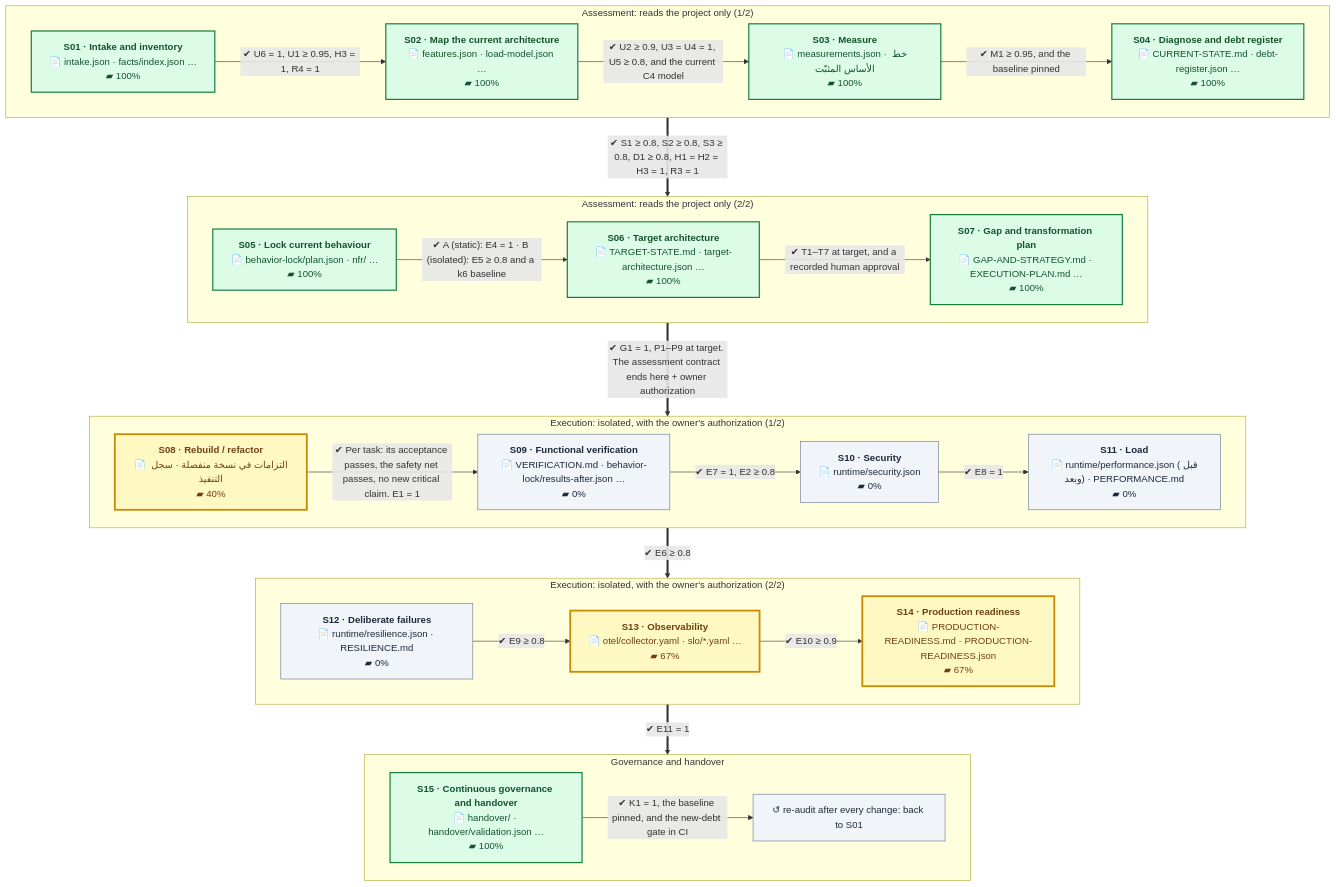
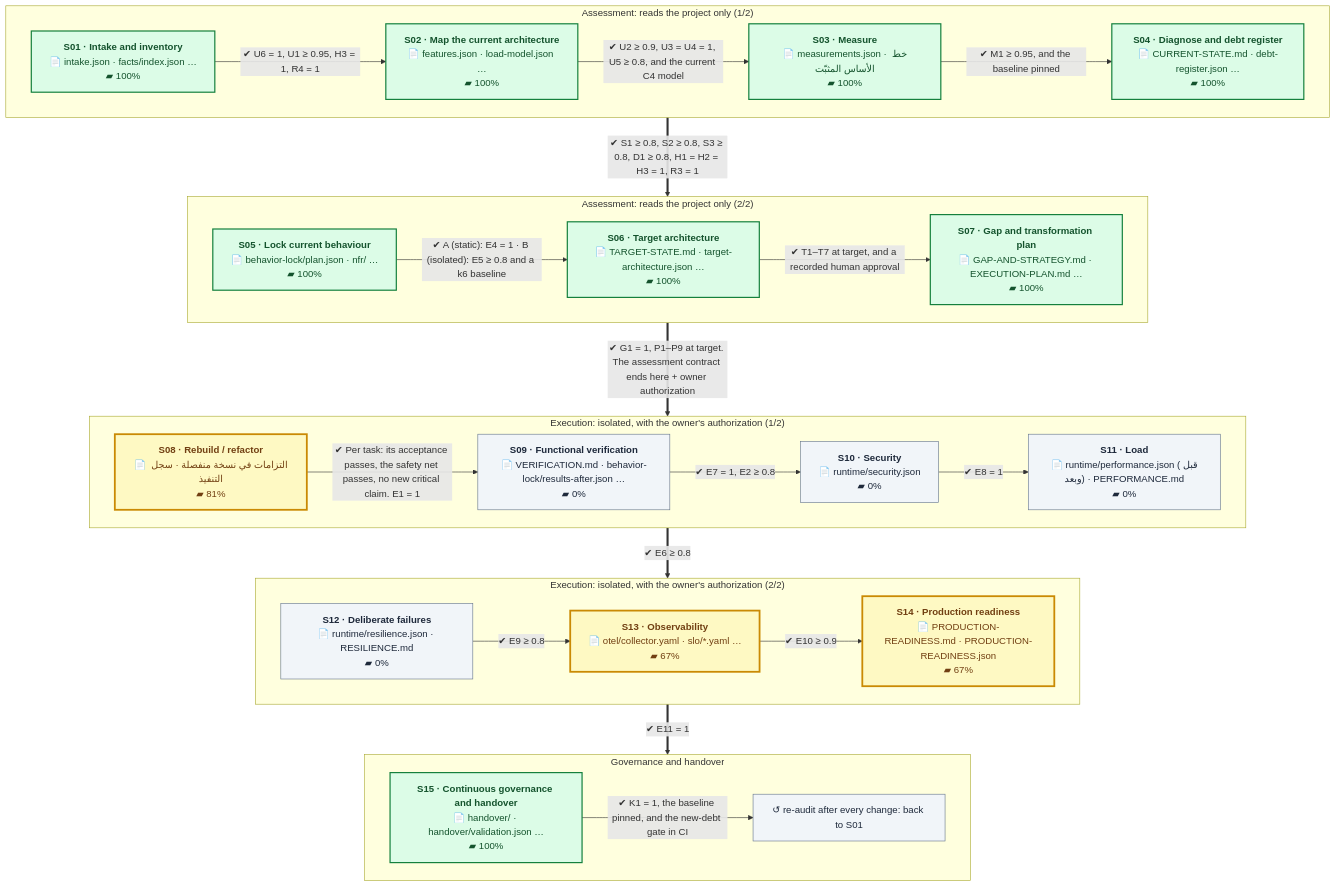
The first of 2 diagrams in README.en.md (eom1417/engineering-audit-os), drawn with Mermaid before and after one commit. The commit also changed other lines of this file and 8 other files, not shown here.

````diff
--- a/README.en.md
+++ b/README.en.md
@@ -52,54 +52,54 @@
 ```mermaid
 %%{init: {'flowchart': {'wrappingWidth': 260, 'nodeSpacing': 40, 'rankSpacing': 60}}}%%
 flowchart TB
     subgraph P1["Assessment: reads the project only (1/2)"]
         direction LR
         S01["<b>S01 · Intake and inventory</b><br/>📄 intake.json · facts/index.json …<br/>▰ 100%"]:::done
         S02["<b>S02 · Map the current architecture</b><br/>📄 features.json · load-model.json …<br/>▰ 100%"]:::done
         S03["<b>S03 · Measure</b><br/>📄 measurements.json · خط الأساس المثبّت<br/>▰ 100%"]:::done
         S04["<b>S04 · Diagnose and debt register</b><br/>📄 CURRENT-STATE.md · debt-register.json …<br/>▰ 100%"]:::done
         S01 -->|"✔ U6 = 1, U1 ≥ 0.95, H3 = 1, R4 = 1"| S02
         S02 -->|"✔ U2 ≥ 0.9, U3 = U4 = 1, U5 ≥ 0.8, and the current C4 model"| S03
         S03 -->|"✔ M1 ≥ 0.95, and the baseline pinned"| S04
     end
     subgraph P2["Assessment: reads the project only (2/2)"]
         direction LR
         S05["<b>S05 · Lock current behaviour</b><br/>📄 behavior-lock/plan.json · nfr/ …<br/>▰ 100%"]:::done
         S06["<b>S06 · Target architecture</b><br/>📄 TARGET-STATE.md · target-architecture.json …<br/>▰ 100%"]:::done
         S07["<b>S07 · Gap and transformation plan</b><br/>📄 GAP-AND-STRATEGY.md · EXECUTION-PLAN.md …<br/>▰ 100%"]:::done
         S05 -->|"✔ A (static): E4 = 1 · B (isolated): E5 ≥ 0.8 and a k6 baseline"| S06
         S06 -->|"✔ T1–T7 at target, and a recorded human approval"| S07
     end
     subgraph P3["Execution: isolated, with the owner's authorization (1/2)"]
         direction LR
-        S08["<b>S08 · Rebuild / refactor</b><br/>📄 التزامات في نسخة منفصلة · سجل التنفيذ<br/>▰ 40%"]:::current
+        S08["<b>S08 · Rebuild / refactor</b><br/>📄 التزامات في نسخة منفصلة · سجل التنفيذ<br/>▰ 81%"]:::current
         S09["<b>S09 · Functional verification</b><br/>📄 VERIFICATION.md · behavior-lock/results-after.json …<br/>▰ 0%"]:::next
         S10["<b>S10 · Security</b><br/>📄 runtime/security.json<br/>▰ 0%"]:::next
         S11["<b>S11 · Load</b><br/>📄 runtime/performance.json (قبل وبعد) · PERFORMANCE.md<br/>▰ 0%"]:::next
         S08 -->|"✔ Per task: its acceptance passes, the safety net passes, no new critical claim. E1 = 1"| S09
         S09 -->|"✔ E7 = 1, E2 ≥ 0.8"| S10
         S10 -->|"✔ E8 = 1"| S11
     end
     subgraph P4["Execution: isolated, with the owner's authorization (2/2)"]
         direction LR
         S12["<b>S12 · Deliberate failures</b><br/>📄 runtime/resilience.json · RESILIENCE.md<br/>▰ 0%"]:::next
         S13["<b>S13 · Observability</b><br/>📄 otel/collector.yaml · slo/*.yaml …<br/>▰ 67%"]:::current
         S14["<b>S14 · Production readiness</b><br/>📄 PRODUCTION-READINESS.md · PRODUCTION-READINESS.json<br/>▰ 67%"]:::current
         S12 -->|"✔ E9 ≥ 0.8"| S13
         S13 -->|"✔ E10 ≥ 0.9"| S14
     end
     subgraph P5["Governance and handover"]
         direction LR
         S15["<b>S15 · Continuous governance and handover</b><br/>📄 handover/ · handover/validation.json …<br/>▰ 100%"]:::done
         LOOP["↺ re-audit after every change: back to S01"]:::next
         S15 -->|"✔ K1 = 1, the baseline pinned, and the new-debt gate in CI"| LOOP
     end
     P1 ==>|"✔ S1 ≥ 0.8, S2 ≥ 0.8, S3 ≥ 0.8, D1 ≥ 0.8, H1 = H2 = H3 = 1, R3 = 1"| P2
     P2 ==>|"✔ G1 = 1, P1–P9 at target. The assessment contract ends here + owner authorization"| P3
     P3 ==>|"✔ E6 ≥ 0.8"| P4
     P4 ==>|"✔ E11 = 1"| P5
     classDef done fill:#dcfce7,stroke:#15803d,color:#14532d,stroke-width:2px
     classDef current fill:#fef9c3,stroke:#ca8a04,color:#713f12,stroke-width:3px
     classDef next fill:#f1f5f9,stroke:#64748b,color:#1e293b
     classDef owner fill:#fee2e2,stroke:#b91c1c,color:#7f1d1d,stroke-dasharray:5 3
 ```
````
